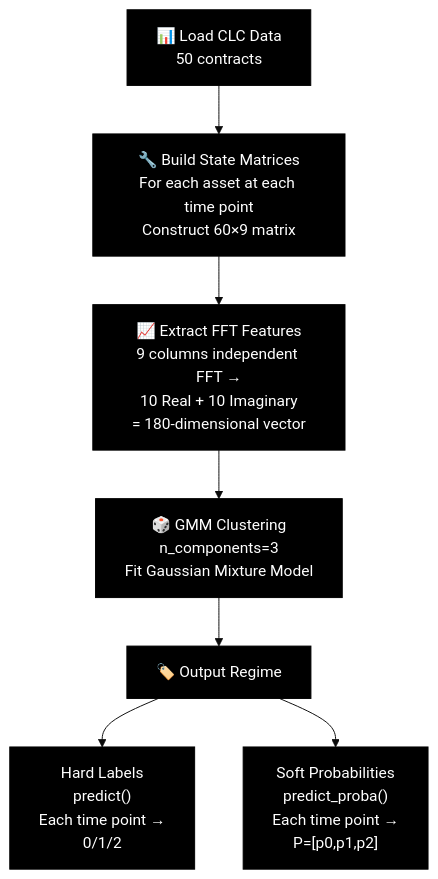
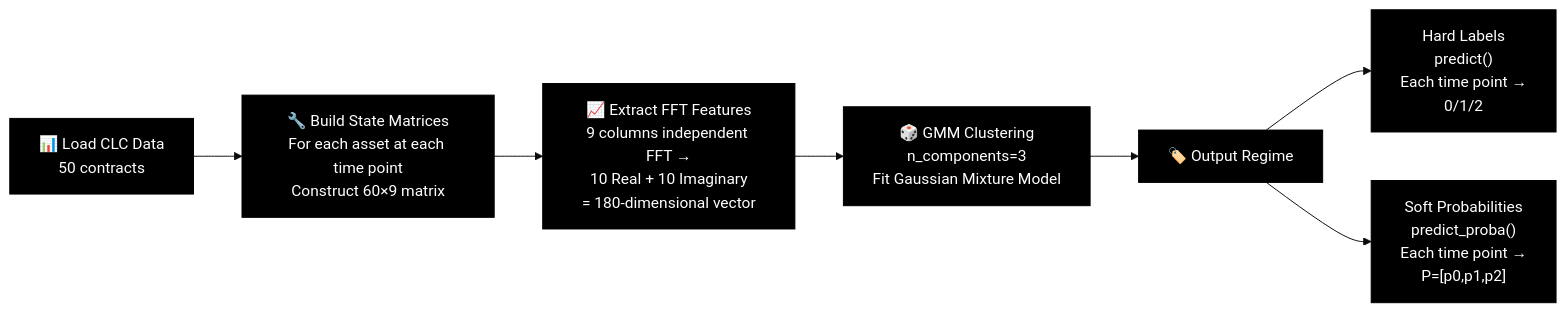
One commit to C-CU-2025-Fall/IEOR4733_Project changed the first of 4 diagrams in regime_detection/DIAGRAMS.md. Above: the diagram before and after it, drawn with Mermaid. The commit also changed other lines of this file and 2 other files, not shown here.

````diff
--- a/regime_detection/DIAGRAMS.md
+++ b/regime_detection/DIAGRAMS.md
@@ -5,18 +5,18 @@
 ```mermaid
 %%{init: {'theme': 'base', 'themeVariables': { 'primaryColor': '#000000', 'primaryTextColor': '#FFFFFF', 'primaryBorderColor': '#000000', 'backgroundColor': '#FFFFFF', 'secondaryColor': '#000000', 'secondaryTextColor': '#FFFFFF', 'secondaryBorderColor': '#000000', 'tertiaryColor': '#000000', 'tertiaryTextColor': '#FFFFFF', 'tertiaryBorderColor': '#000000', 'noteBkgColor': '#000000', 'noteBorderColor': '#000000', 'noteTextColor': '#FFFFFF'}}}%%
-graph TD
+graph LR
     A["📊 Load CLC Data<br/>50 contracts"] --> B["🔧 Build State Matrices<br/>For each asset at each time point<br/>Construct 60×9 matrix"]
     B --> C["📈 Extract FFT Features<br/>9 columns independent FFT →<br/>10 Real + 10 Imaginary<br/>= 180-dimensional vector"]
     C --> D["🎲 GMM Clustering<br/>n_components=3<br/>Fit Gaussian Mixture Model"]
     D --> E["🏷️ Output Regime"]
     E --> E1["Hard Labels<br/>predict()<br/>Each time point →<br/>0/1/2"]
     E --> E2["Soft Probabilities<br/>predict_proba()<br/>Each time point →<br/>P=[p0,p1,p2]"]
     
     style A fill:#000000,stroke:#000000,color:#FFFFFF
     style B fill:#000000,stroke:#000000,color:#FFFFFF
     style C fill:#000000,stroke:#000000,color:#FFFFFF
     style D fill:#000000,stroke:#000000,color:#FFFFFF
     style E fill:#000000,stroke:#000000,color:#FFFFFF
     style E1 fill:#000000,stroke:#000000,color:#FFFFFF
     style E2 fill:#000000,stroke:#000000,color:#FFFFFF
 ```
````
